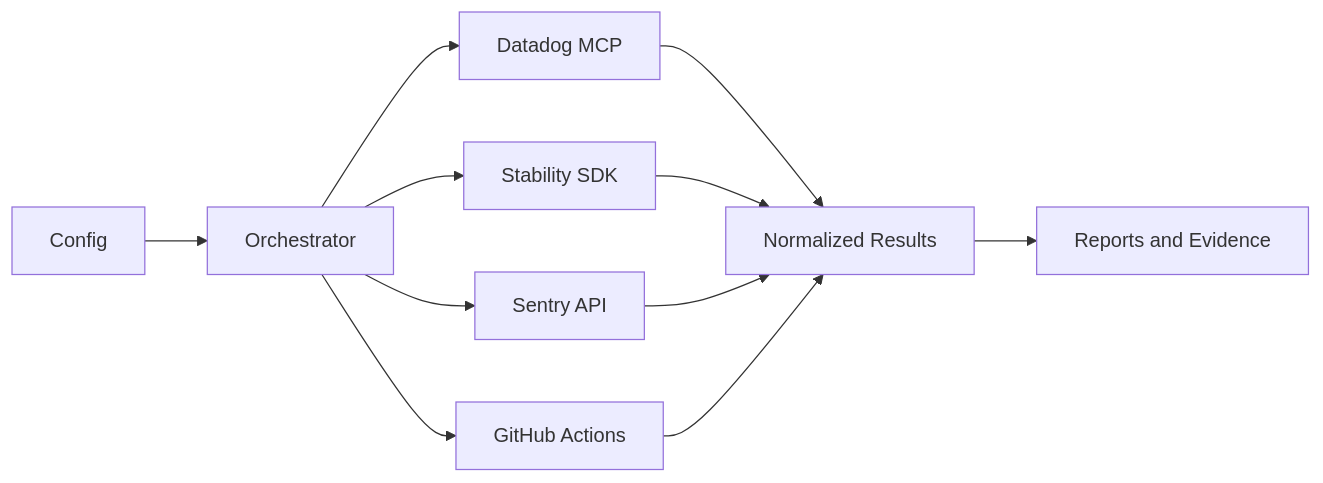
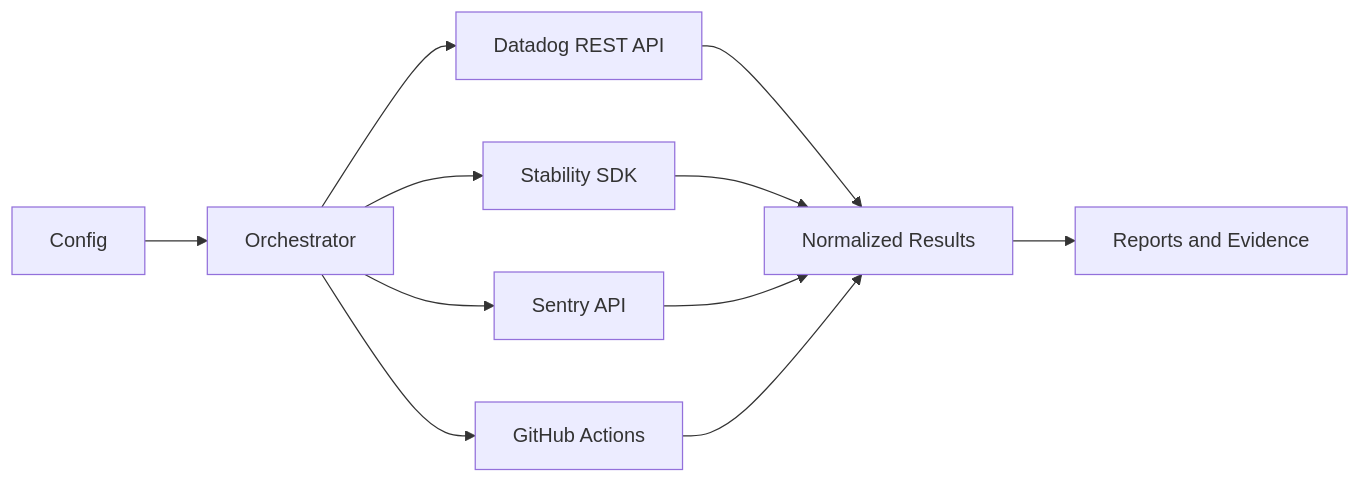
The diagram in repoWiki/01_maps/system_map.md (junyang-visable/monitoring-agent), drawn with Mermaid before and after one commit. The commit also changed 4 other files, not shown here.

Commit message:
Document Datadog REST API integration

````diff
--- a/repoWiki/01_maps/system_map.md
+++ b/repoWiki/01_maps/system_map.md
@@ -3,13 +3,13 @@
 ```mermaid
 flowchart LR
   Config[Config] --> Orchestrator[Orchestrator]
-  Orchestrator --> Datadog[Datadog MCP]
+  Orchestrator --> Datadog[Datadog REST API]
   Orchestrator --> Stability[Stability SDK]
   Orchestrator --> Sentry[Sentry API]
   Orchestrator --> Patrol[GitHub Actions]
   Datadog --> Results[Normalized Results]
   Stability --> Results
   Sentry --> Results
   Patrol --> Results
   Results --> Reports[Reports and Evidence]
 ```
````
